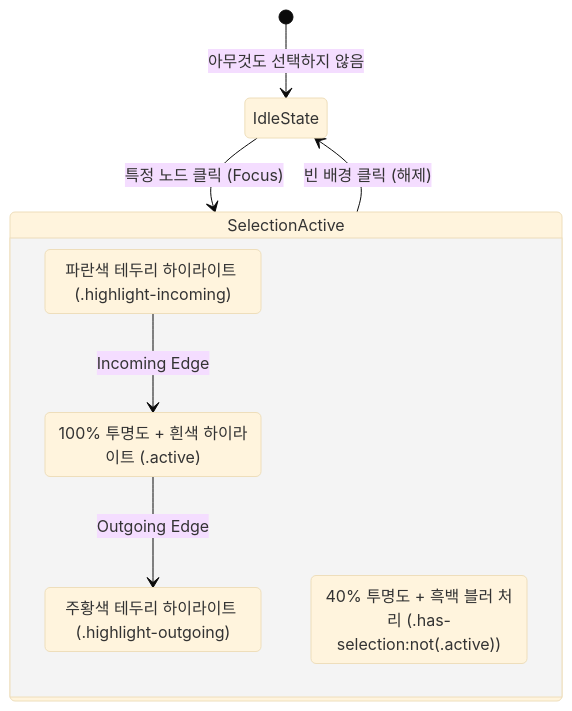
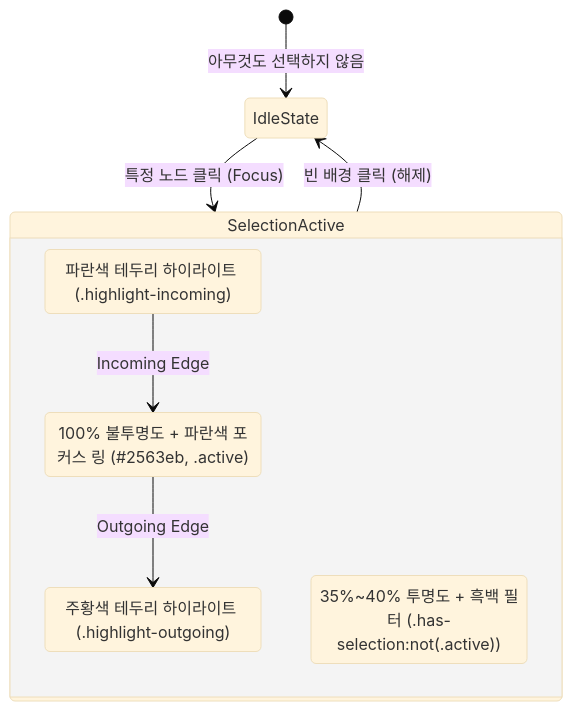
Before and after one commit to SDDON/Coveragemap: the second of 2 diagrams in UI_UX_DESIGN_SYSTEM.md, drawn with Mermaid (base theme). The commit also changed other lines of this file and 24 other files, not shown here.

````diff
--- a/UI_UX_DESIGN_SYSTEM.md
+++ b/UI_UX_DESIGN_SYSTEM.md
@@ -81,18 +87,18 @@
 ```mermaid
 stateDiagram-v2
     [*] --> IdleState : 아무것도 선택하지 않음
     
     IdleState --> SelectionActive : 특정 노드 클릭 (Focus)
     
     state SelectionActive {
-        SelectedNode : 100% 투명도 + 흰색 하이라이트 (.active)
+        SelectedNode : 100% 불투명도 + 파란색 포커스 링 (#2563eb, .active)
         IncomingNodes : 파란색 테두리 하이라이트 (.highlight-incoming)
         OutgoingNodes : 주황색 테두리 하이라이트 (.highlight-outgoing)
-        UnrelatedNodes : 40% 투명도 + 흑백 블러 처리 (.has-selection:not(.active))
+        UnrelatedNodes : 35%~40% 투명도 + 흑백 필터 (.has-selection:not(.active))
         
         SelectedNode --> OutgoingNodes : Outgoing Edge
         IncomingNodes --> SelectedNode : Incoming Edge
     }
     
     SelectionActive --> IdleState : 빈 배경 클릭 (해제)
 ```
````
